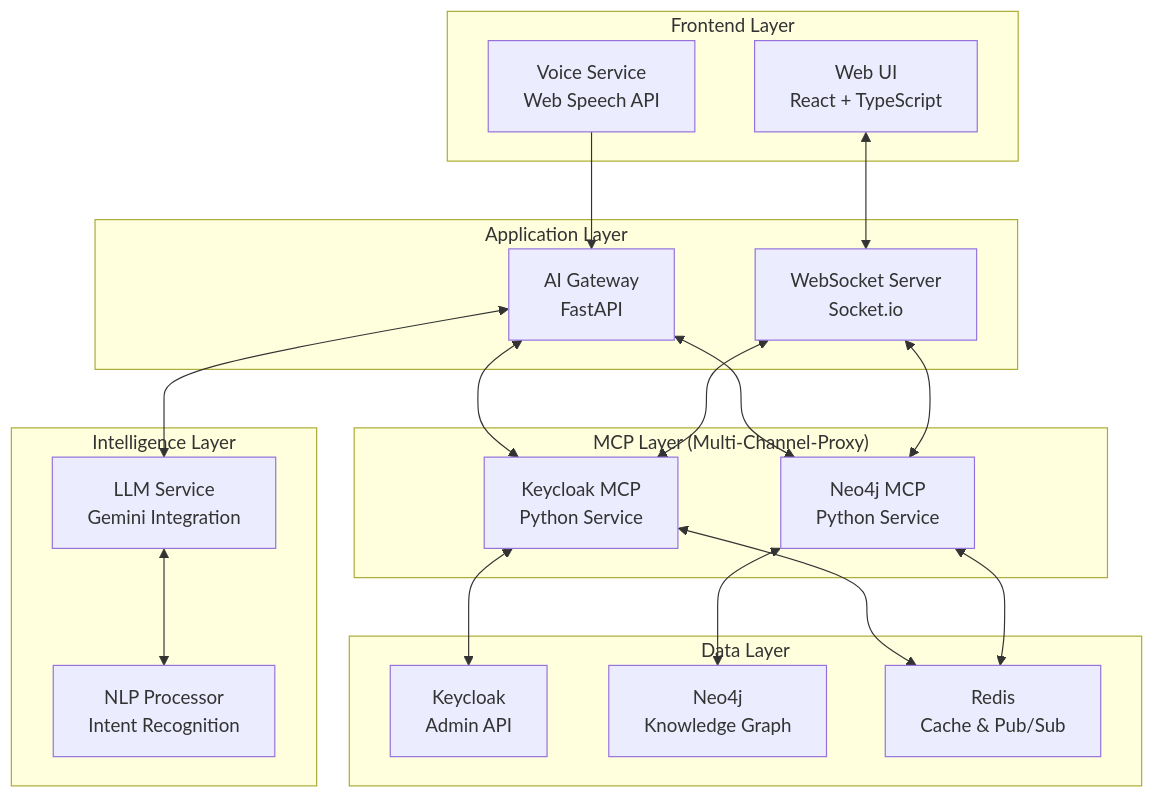
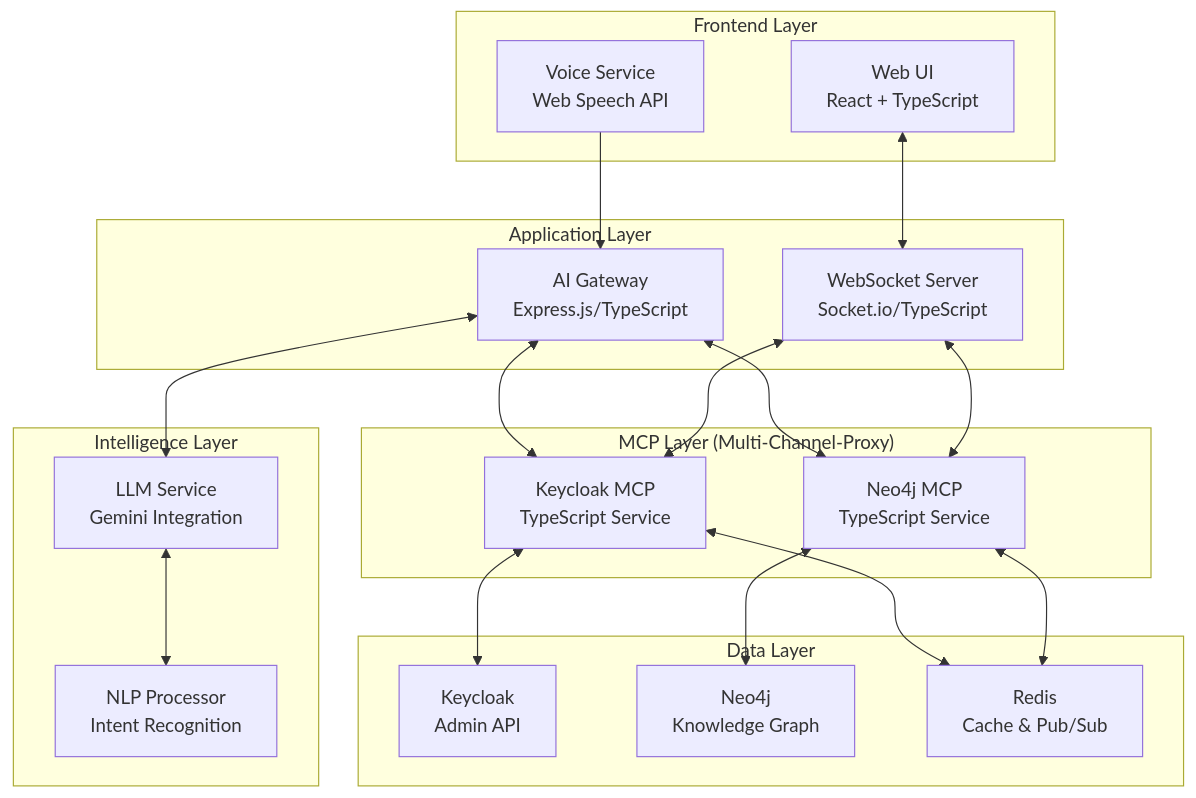
One commit to Mme-adorsys/IKAS changed the second of 4 diagrams in docs/arc42.md. Above: the diagram before and after it, drawn with Mermaid. The commit also changed other lines of this file and 3 other files, not shown here.

````diff
--- a/docs/arc42.md
+++ b/docs/arc42.md
@@ -140,41 +140,41 @@
 ```mermaid
 graph TB
     subgraph "Frontend Layer"
         UI[Web UI<br/>React + TypeScript]
         VS[Voice Service<br/>Web Speech API]
     end
     
     subgraph "Application Layer"
-        AG[AI Gateway<br/>FastAPI]
-        WS[WebSocket Server<br/>Socket.io]
+        AG[AI Gateway<br/>Express.js/TypeScript]
+        WS[WebSocket Server<br/>Socket.io/TypeScript]
     end
     
     subgraph "MCP Layer (Multi-Channel-Proxy)"
-        MCP_KC[Keycloak MCP<br/>Python Service]
-        MCP_NG[Neo4j MCP<br/>Python Service]
+        MCP_KC[Keycloak MCP<br/>TypeScript Service]
+        MCP_NG[Neo4j MCP<br/>TypeScript Service]
     end
     
     subgraph "Intelligence Layer"
         LLM[LLM Service<br/>Gemini Integration]
         NLP[NLP Processor<br/>Intent Recognition]
     end
     
     subgraph "Data Layer"
         KC[Keycloak<br/>Admin API]
         NG[Neo4j<br/>Knowledge Graph]
         RD[Redis<br/>Cache & Pub/Sub]
     end
     
     UI <--> WS
     VS --> AG
     AG <--> LLM
     AG <--> MCP_KC
     AG <--> MCP_NG
     LLM <--> NLP
     MCP_KC <--> KC
     MCP_KC <--> RD
     MCP_NG <--> NG
     MCP_NG <--> RD
     WS <--> MCP_KC
     WS <--> MCP_NG
 ```
````
